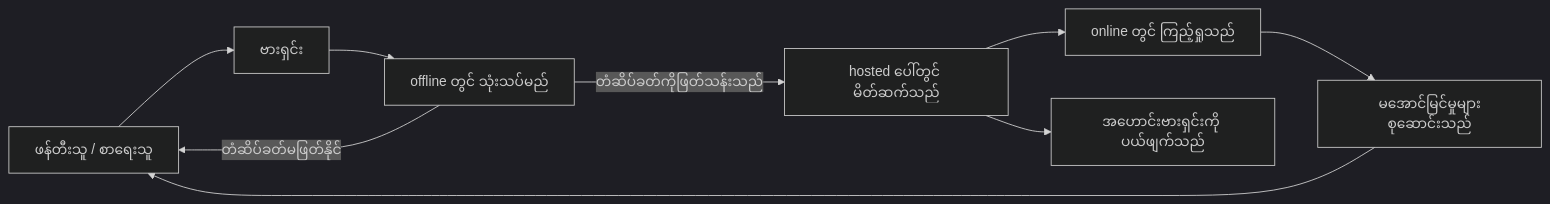
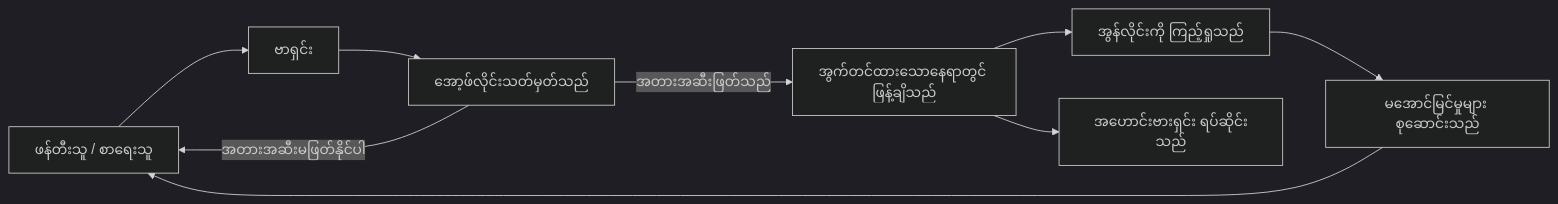
One commit to microsoft/ai-agents-for-beginners changed the second of 4 diagrams in translations/my/16-deploying-scalable-agents/README.md. Above: the diagram before and after it, drawn with Mermaid (dark theme). The commit also changed other lines of this file and 45 other files, not shown here.

````diff
--- a/translations/my/16-deploying-scalable-agents/README.md
+++ b/translations/my/16-deploying-scalable-agents/README.md
@@ -108,11 +108,11 @@
 ```mermaid
 flowchart LR
-    Create[ဖန်တီးသူ / စာရေးသူ] --> Version[ဗားရှင်း]
-    Version --> Evaluate[offline တွင် သုံးသပ်မည်]
-    Evaluate -->|တံဆိပ်ခတ်ကိုဖြတ်သန်းသည်| Deploy[hosted ပေါ်တွင် မိတ်ဆက်သည်]
-    Evaluate -->|တံဆိပ်ခတ်မဖြတ်နိုင်| Create
-    Deploy --> Observe[online တွင် ကြည့်ရှုသည်]
-    Observe --> Improve[မအောင်မြင်မှုများစုဆောင်းသည်]
+    Create[ဖန်တီးသူ / စာရေးသူ] --> Version[ဗာရှင်း]
+    Version --> Evaluate[အော့ဖ်လိုင်းသတ်မှတ်သည်]
+    Evaluate -->|အတားအဆီးဖြတ်သည်| Deploy[အွက်တင်ထားသောနေရာတွင် ဖြန့်ချိသည်]
+    Evaluate -->|အတားအဆီးမဖြတ်နိုင်ပါ| Create
+    Deploy --> Observe[အွန်လိုင်းကို ကြည့်ရှုသည်]
+    Observe --> Improve[မအောင်မြင်မှုများ စုဆောင်းသည်]
     Improve --> Create
-    Deploy --> Retire[အဟောင်းဗားရှင်းကို ပယ်ဖျက်သည်]
+    Deploy --> Retire[အဟောင်းဗားရှင်း ရပ်ဆိုင်းသည်]
 ```
````
